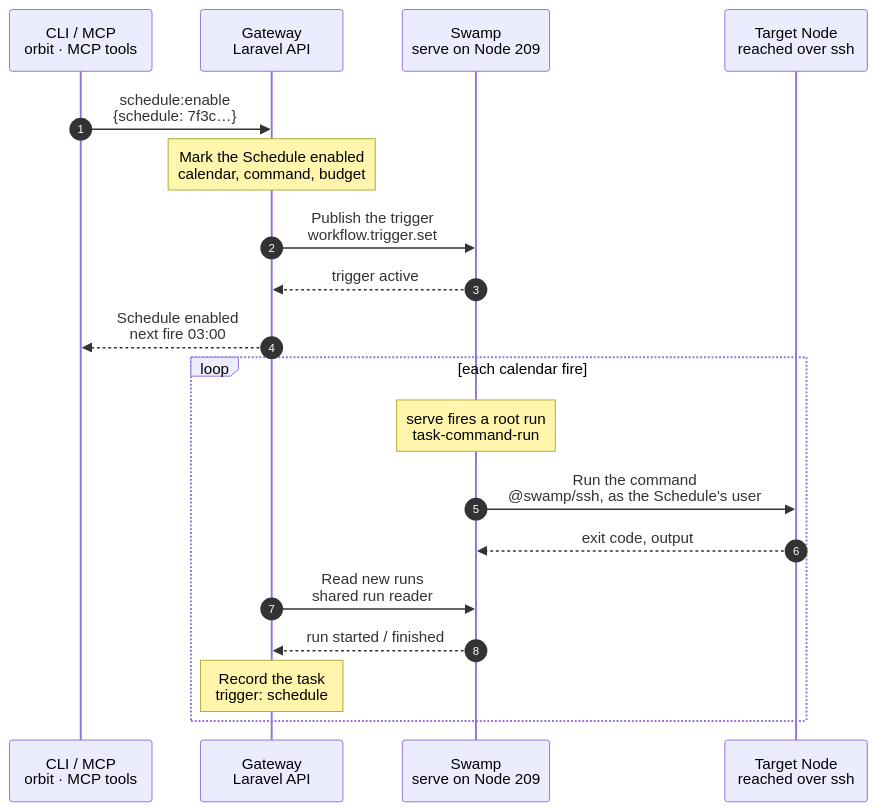
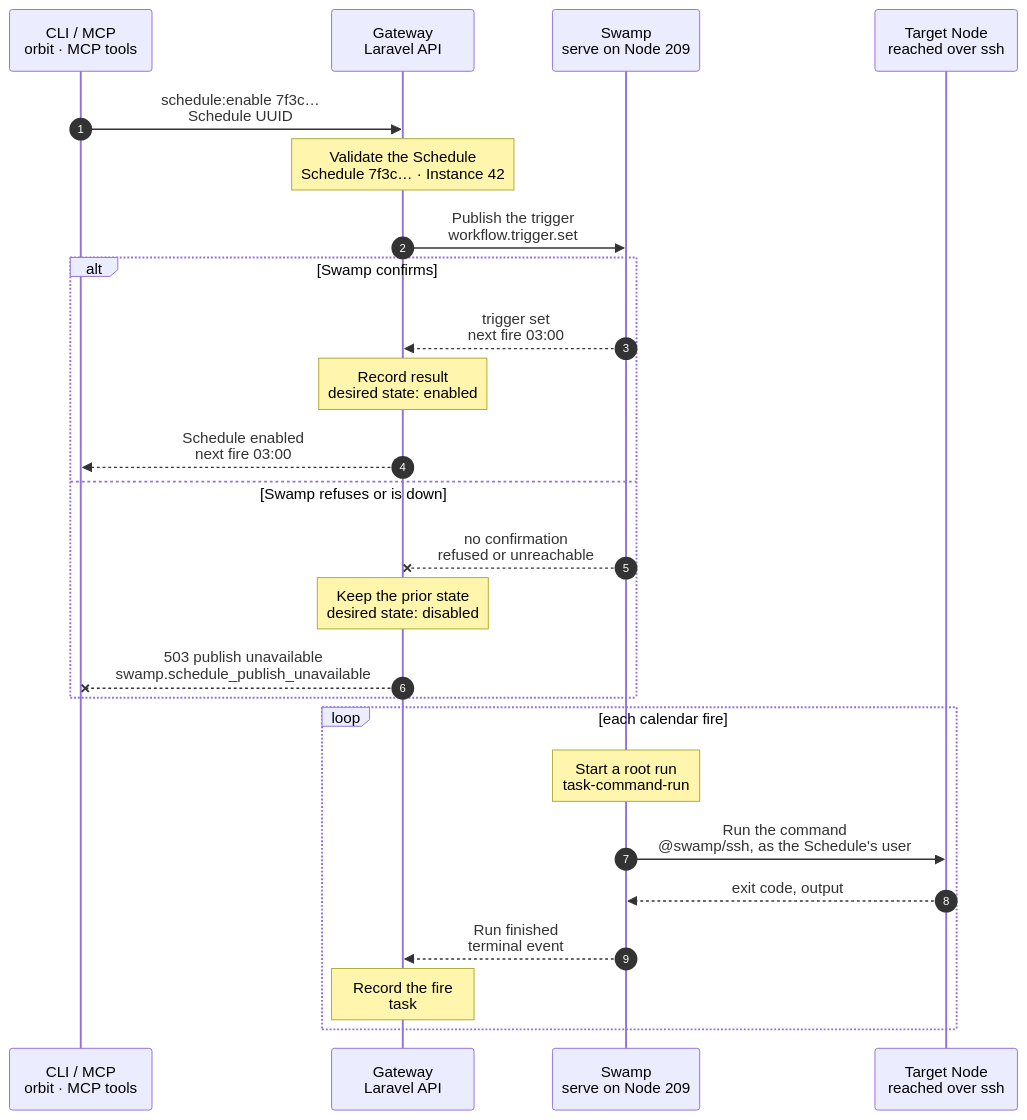
Before and after one commit to hardimpactdev/orbit: the diagram in docs/flows/schedule.enable.mmd, drawn with Mermaid. The commit also changed 3 other files, not shown here.

First line of the commit message:
docs(flows): Schedule charts in the agreed format (#2434)

```diff
--- a/docs/flows/schedule.enable.mmd
+++ b/docs/flows/schedule.enable.mmd
@@ -1,25 +1,84 @@
 sequenceDiagram
-  %% Target design from ADR 0244: native Swamp schedules, nothing installed on the Node.
+  %% Target design: ADR 0244 native Swamp schedules, nothing installed on Nodes; DECISIONS Schedules (Nick 2026-11-02), R1.
   %% status: draft
+  %% command: schedule:enable
   autonumber
   %% lane CLI icon=terminal pill=caller tone=gray
   %% lane GW icon=gateway pill=intent tone=blue
   %% lane SW icon=workflow pill=executes tone=green
   %% lane N icon=server pill=target tone=amber
   participant CLI as CLI / MCP<br/>orbit · MCP tools
   participant GW as Gateway<br/>Laravel API
   participant SW as Swamp<br/>serve on Node 209
   participant N as Target Node<br/>reached over ssh
-  CLI->>GW: schedule:enable<br/>{schedule: 7f3c…}
-  Note over GW: Mark the Schedule enabled<br/>calendar, command, budget
+  CLI->>GW: schedule:enable 7f3c…<br/>Schedule UUID
+  %%> Command:
+  %%> - `orbit schedule:enable 7f3c9a2e-41d0-4b8a-9c11-2f6e0d5b7a10`
+  %%> - syntax: `<schedule> [--idempotency-key=KEY] [--json]`
+  %%> Input:
+  %%> - the UUID of the Schedule, as `schedule:list` shows it
+  %%> When:
+  %%> - after `schedule:create --no-start`, or for a copy that production preparation created disabled
+  %%> Disable:
+  %%> - there is no `schedule:disable` command or kind today
+  %%> - disable is the same flow in reverse: the Gateway removes the trigger and records `disabled`, with no run and no Node work (R1)
+  %%> - a fire that already started finishes, and its result is still recorded
+  Note over GW: Validate the Schedule<br/>Schedule 7f3c… · Instance 42
+  %%> Requirements:
+  %%> - your Node has an access grant to Node 12, which runs Instance 42
+  %%> - Schedule 7f3c… is active, not failed or removing
+  %%> - Instance 42 is still on Node 12
+  %%> Already enabled:
+  %%> - the trigger is set again; enable is idempotent
   GW->>SW: Publish the trigger<br/>workflow.trigger.set
-  SW-->>GW: trigger active
-  GW-->>CLI: Schedule enabled<br/>next fire 03:00
+  %%> What it does:
+  %%> - sets the native Swamp schedule trigger on serve (Node 209) for `task-command-run`
+  %%> - there is no Node work, so no run starts (R1)
+  %%> Inputs:
+  %%> - the calendar and the full intent recorded at create
+  %%> - the command's vault key name, never the command
+  alt Swamp confirms
+    SW-->>GW: trigger set<br/>next fire 03:00
+    %%> Returns:
+    %%> - the trigger is active, with its next fire time
+    Note over GW: Record result<br/>desired state: enabled
+    %%> Result:
+    %%> - Schedule 7f3c… is recorded as enabled, only after Swamp confirms
+    GW-->>CLI: Schedule enabled<br/>next fire 03:00
+    %%> What you get:
+    %%> - the result at once; there is nothing to follow
+  else Swamp refuses or is down
+    SW--xGW: no confirmation<br/>refused or unreachable
+    %%> When:
+    %%> - serve on 209 does not answer, or refuses the trigger
+    Note over GW: Keep the prior state<br/>desired state: disabled
+    %%> Result:
+    %%> - Schedule 7f3c… stays disabled; nothing changed
+    %%> Retry:
+    %%> - run the same command again; it is safe
+    GW--xCLI: 503 publish unavailable<br/>swamp.schedule_publish_unavailable
+    %%> Returns:
+    %%> - the error code; the Schedule is unchanged
+  end
   loop each calendar fire
-    Note over SW: serve fires a root run<br/>task-command-run
+    Note over SW: Start a root run<br/>task-command-run
+    %%> What it does:
+    %%> - serve fires the trigger and starts one root run on 209
+    %%> - the run has the Schedule's timeout as its time budget
     SW->>N: Run the command<br/>@swamp/ssh, as the Schedule's user
+    %%> How:
+    %%> - checks the user and the working directory on Node 12
+    %%> - reads the command with `vault.get` and sends it on stdin
+    %%> Runs as:
+    %%> - the Schedule's user, in its working directory, with its shell
     N-->>SW: exit code, output
-    GW->>SW: Read new runs<br/>shared run reader
-    SW-->>GW: run started / finished
-    Note over GW: Record the task<br/>trigger: schedule
+    %%> Returns:
+    %%> - the exit code; the output stays in the Swamp step
+    SW-->>GW: Run finished<br/>terminal event
+    %%> How the Gateway learns it:
+    %%> - its shared run reader sees the terminal event; Swamp never calls the Gateway
+    Note over GW: Record the fire<br/>task #5141 · trigger: schedule
+    %%> Result:
+    %%> - each fire becomes a task, with trigger `schedule`
+    %%> - `last_run_at` and `last_run_status` of Schedule 7f3c… are set
   end
```
